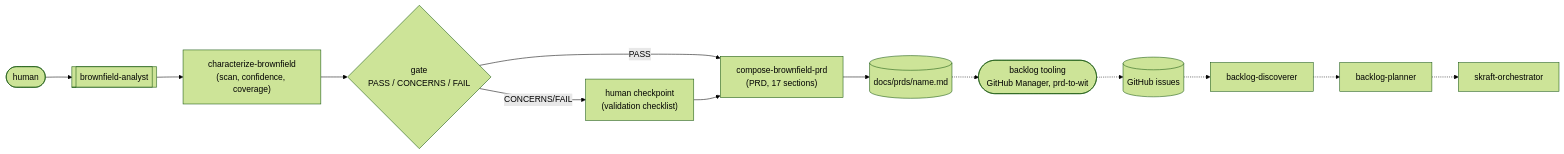
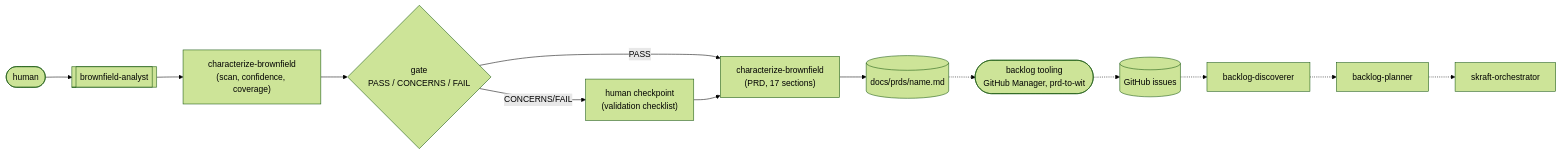
One commit to SebastienDegodez/skraft-plugin changed the first of 3 diagrams in docs/site/en/explanation/brownfield.md. Above: the diagram before and after it, drawn with Mermaid (forest theme). The commit also changed other lines of this file and 1 other file, not shown here.

Commit message:
docs(brownfield): PRD composition links point to characterize-brownfield
compose-brownfield-prd was merged into characterize-brownfield; the explanation pages
(EN, FR) linked a dashboard anchor that no longer exists.

Refs #221

````diff
--- a/docs/site/en/explanation/brownfield.md
+++ b/docs/site/en/explanation/brownfield.md
@@ -51,15 +51,15 @@
 ```mermaid
 flowchart LR
     H(["human"]) --> BA[["brownfield-analyst"]]
     BA --> CB["characterize-brownfield<br/>(scan, confidence, coverage)"]
     CB --> G{"gate<br/>PASS / CONCERNS / FAIL"}
     G -->|CONCERNS/FAIL| CHK["human checkpoint<br/>(validation checklist)"]
-    G -->|PASS| CP["compose-brownfield-prd<br/>(PRD, 17 sections)"]
+    G -->|PASS| CP["characterize-brownfield<br/>(PRD, 17 sections)"]
     CHK --> CP
     CP --> PRD[("docs/prds/name.md")]
     PRD -.-> BLT(["backlog tooling<br/>GitHub Manager, prd-to-wit"])
     BLT -.-> ISSUES[("GitHub issues")]
     ISSUES -.-> BD["backlog-discoverer"]
     BD -.-> BP["backlog-planner"]
     BP -.-> ORCH["skraft-orchestrator"]
 ```
````
